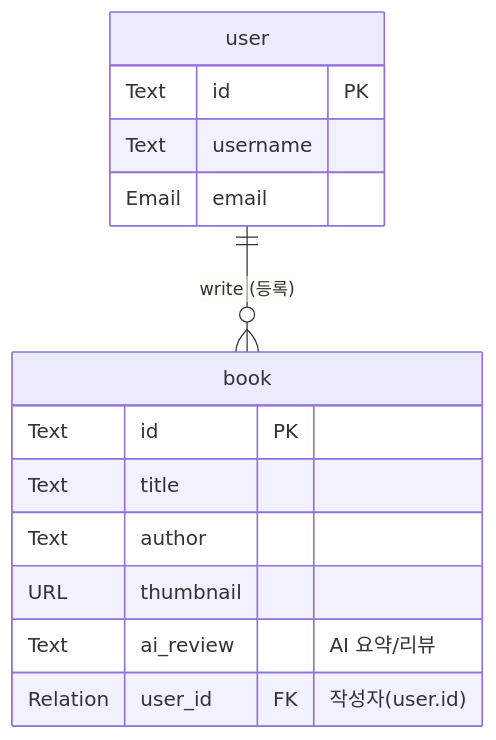
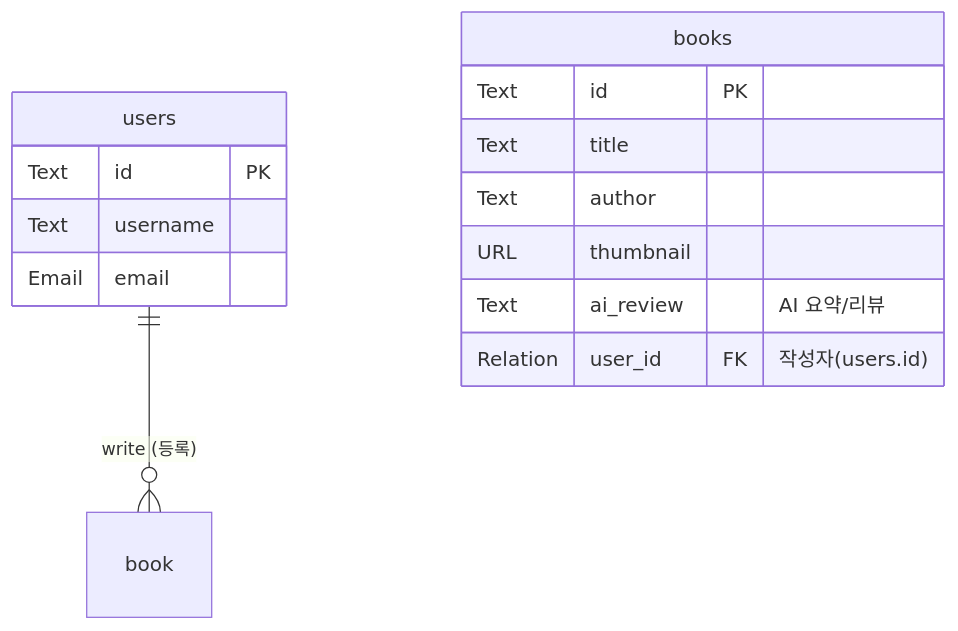
One commit to Jonghyeon-Bae/library-mini-project4 changed the diagram in docs/schema.md. Above: the diagram before and after it, drawn with Mermaid. The commit also changed other lines of this file and 6 other files, not shown here.

````diff
--- a/docs/schema.md
+++ b/docs/schema.md
@@ -56,19 +59,19 @@
 ```mermaid
 erDiagram
-    user ||--o{ book : "write (등록)"
+    users ||--o{ book : "write (등록)"
 
-    user {
+    users {
         Text id PK
         Text username
         Email email
     }
 
-    book {
+    books {
         Text id PK
         Text title
         Text author
         URL thumbnail
         Text ai_review "AI 요약/리뷰"
-        Relation user_id FK "작성자(user.id)"
+        Relation user_id FK "작성자(users.id)"
     }
 ```
````
